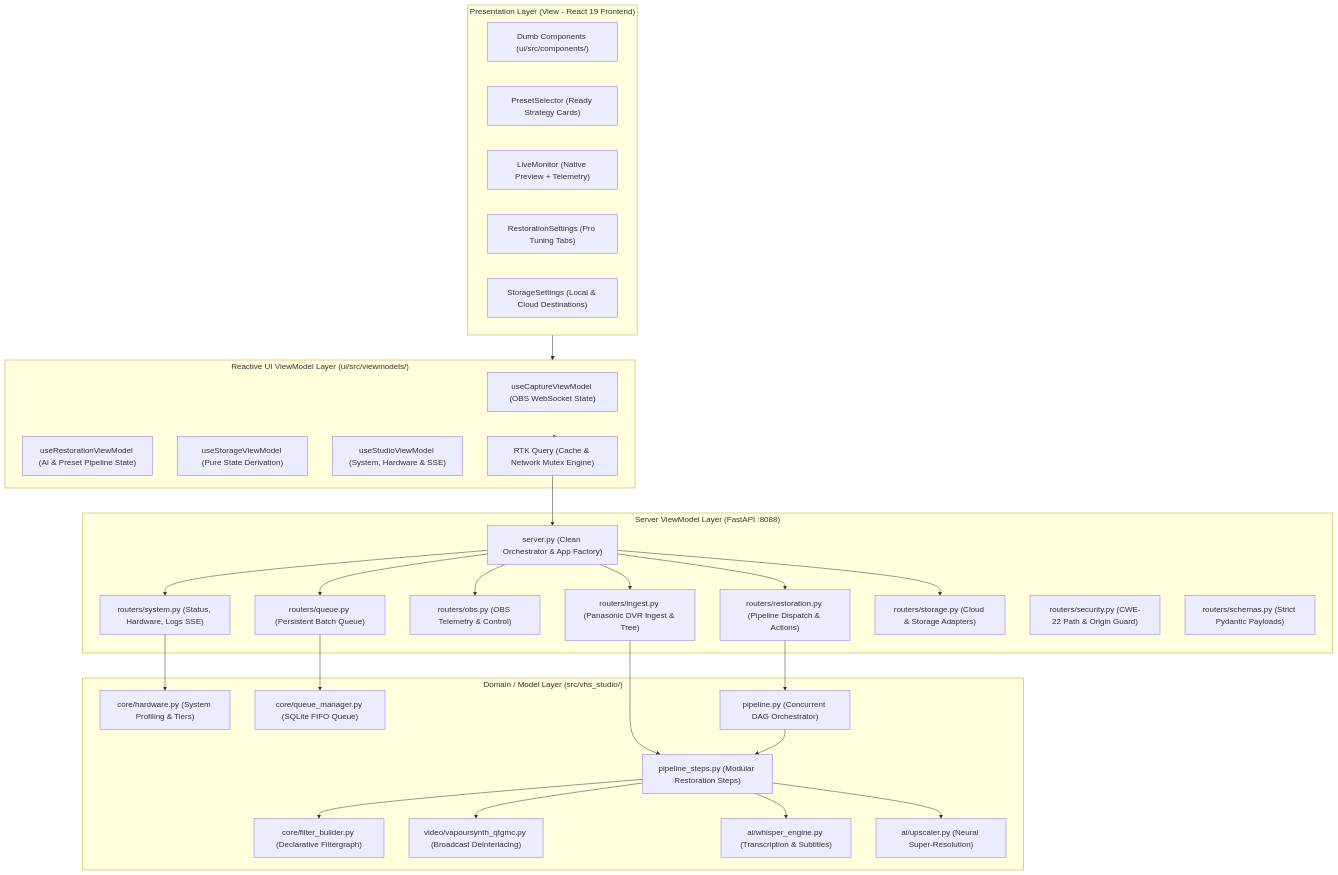
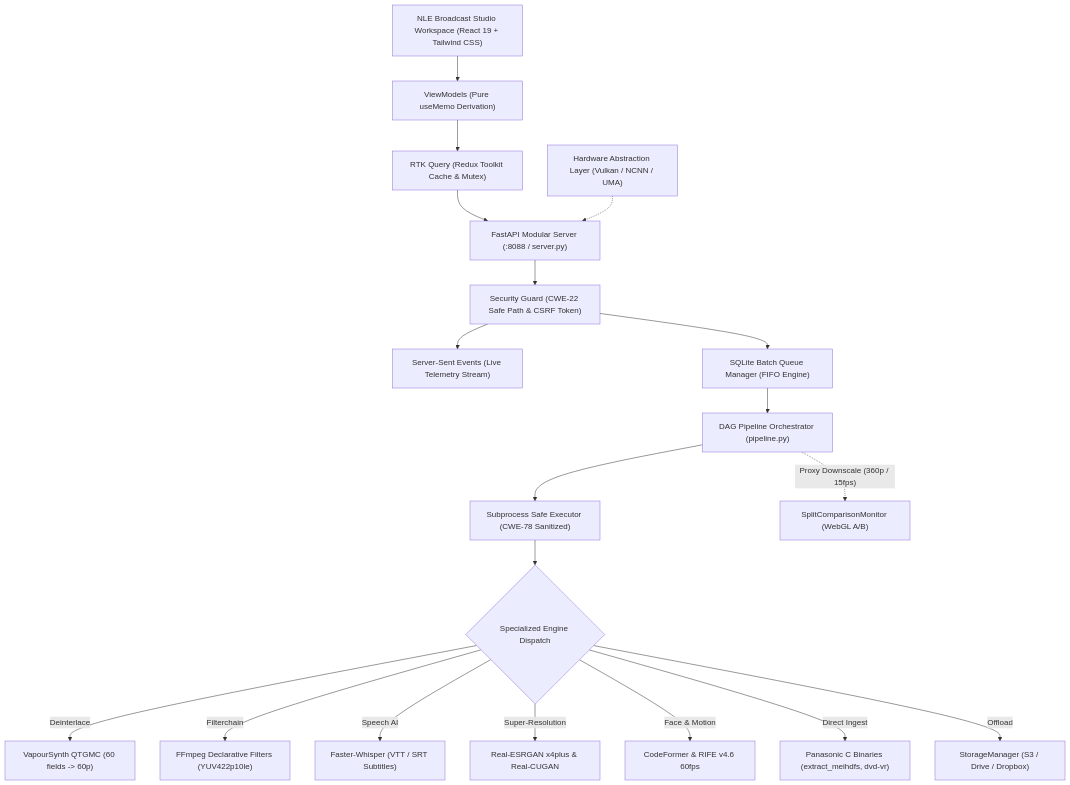
The first of 2 diagrams in docs/ARCHITECTURE.md (orgchrono/vhs-capture-scripts), drawn with Mermaid before and after one commit. The commit also changed other lines of this file and 13 other files, not shown here.

Commit message:
docs: add comprehensive project documentation, Panasonic DVR ingestion engine, and tests

````diff
--- a/docs/ARCHITECTURE.md
+++ b/docs/ARCHITECTURE.md
@@ -37,60 +29,27 @@
 ```mermaid
 flowchart TD
-    subgraph View ["Presentation Layer (View - React 19 Frontend)"]
-        UI_Components["Dumb Components (ui/src/components/)"]
-        PresetUI["PresetSelector (Ready Strategy Cards)"]
-        MonitorUI["LiveMonitor (Native Preview + Telemetry)"]
-        SettingsUI["RestorationSettings (Pro Tuning Tabs)"]
-        StorageUI["StorageSettings (Local & Cloud Destinations)"]
-    end
-
-    subgraph ViewModel_UI ["Reactive UI ViewModel Layer (ui/src/viewmodels/)"]
-        VM_Capture["useCaptureViewModel (OBS WebSocket State)"]
-        VM_Restore["useRestorationViewModel (AI & Preset Pipeline State)"]
-        VM_Storage["useStorageViewModel (Pure State Derivation)"]
-        VM_Studio["useStudioViewModel (System, Hardware & SSE)"]
-        RTK_Query["RTK Query (Cache & Network Mutex Engine)"]
-    end
-
-    subgraph ViewModel_API ["Server ViewModel Layer (FastAPI :8088)"]
-        API_Server["server.py (Clean Orchestrator & App Factory)"]
-        Router_System["routers/system.py (Status, Hardware, Logs SSE)"]
-        Router_Queue["routers/queue.py (Persistent Batch Queue)"]
-        Router_Obs["routers/obs.py (OBS Telemetry & Control)"]
-        Router_Restore["routers/restoration.py (Pipeline Dispatch & Actions)"]
-        Router_Ingest["routers/ingest.py (Panasonic DVR Ingest & Tree)"]
-        Router_Storage["routers/storage.py (Cloud & Storage Adapters)"]
-        Router_Security["routers/security.py (CWE-22 Path & Origin Guard)"]
-        Router_Schemas["routers/schemas.py (Strict Pydantic Payloads)"]
-    end
-
-    subgraph Model ["Domain / Model Layer (src/vhs_studio/)"]
-        HAL["core/hardware.py (System Profiling & Tiers)"]
-        FilterBuilder["core/filter_builder.py (Declarative Filtergraph)"]
-        QueueMgr["core/queue_manager.py (SQLite FIFO Queue)"]
-        DAG_Pipeline["pipeline.py (Concurrent DAG Orchestrator)"]
-        Steps["pipeline_steps.py (Modular Restoration Steps)"]
-        VapourSynth["video/vapoursynth_qtgmc.py (Broadcast Deinterlacing)"]
-        Whisper["ai/whisper_engine.py (Transcription & Subtitles)"]
-        Upscaler["ai/upscaler.py (Neural Super-Resolution)"]
-    end
-
-    View --> ViewModel_UI
-    ViewModel_UI --> RTK_Query
-    RTK_Query --> API_Server
-    API_Server --> Router_System
-    API_Server --> Router_Queue
-    API_Server --> Router_Obs
-    API_Server --> Router_Restore
-    API_Server --> Router_Ingest
-    API_Server --> Router_Storage
-    Router_System --> HAL
-    Router_Queue --> QueueMgr
-    Router_Restore --> DAG_Pipeline
-    Router_Ingest --> Steps
-    DAG_Pipeline --> Steps
-    Steps --> FilterBuilder
-    Steps --> VapourSynth
-    Steps --> Whisper
-    Steps --> Upscaler
+    UI["NLE Broadcast Studio Workspace (React 19 + Tailwind CSS)"] --> VM["ViewModels (Pure useMemo Derivation)"]
+    VM --> RTK["RTK Query (Redux Toolkit Cache & Mutex)"]
+    
+    RTK --> Server["FastAPI Modular Server (:8088 / server.py)"]
+    Server --> Security["Security Guard (CWE-22 Safe Path & CSRF Token)"]
+    
+    Security --> SSE["Server-Sent Events (Live Telemetry Stream)"]
+    Security --> Queue["SQLite Batch Queue Manager (FIFO Engine)"]
+    
+    Queue --> DAG["DAG Pipeline Orchestrator (pipeline.py)"]
+    DAG --> ProcMgr["Subprocess Safe Executor (CWE-78 Sanitized)"]
+    
+    ProcMgr --> Engines{"Specialized Engine Dispatch"}
+    
+    Engines -->|"Deinterlace"| VapourSynth["VapourSynth QTGMC (60 fields -> 60p)"]
+    Engines -->|"Filterchain"| FFmpeg["FFmpeg Declarative Filters (YUV422p10le)"]
+    Engines -->|"Speech AI"| Whisper["Faster-Whisper (VTT / SRT Subtitles)"]
+    Engines -->|"Super-Resolution"| Neural["Real-ESRGAN x4plus & Real-CUGAN"]
+    Engines -->|"Face & Motion"| PostAI["CodeFormer & RIFE v4.6 60fps"]
+    Engines -->|"Direct Ingest"| NativeC["Panasonic C Binaries (extract_meihdfs, dvd-vr)"]
+    Engines -->|"Offload"| Storage["StorageManager (S3 / Drive / Dropbox)"]
+    
+    HAL["Hardware Abstraction Layer (Vulkan / NCNN / UMA)"] -.-> Server
+    DAG -. "Proxy Downscale (360p / 15fps)" .-> ABMonitor["SplitComparisonMonitor (WebGL A/B)"]
 ```
````
